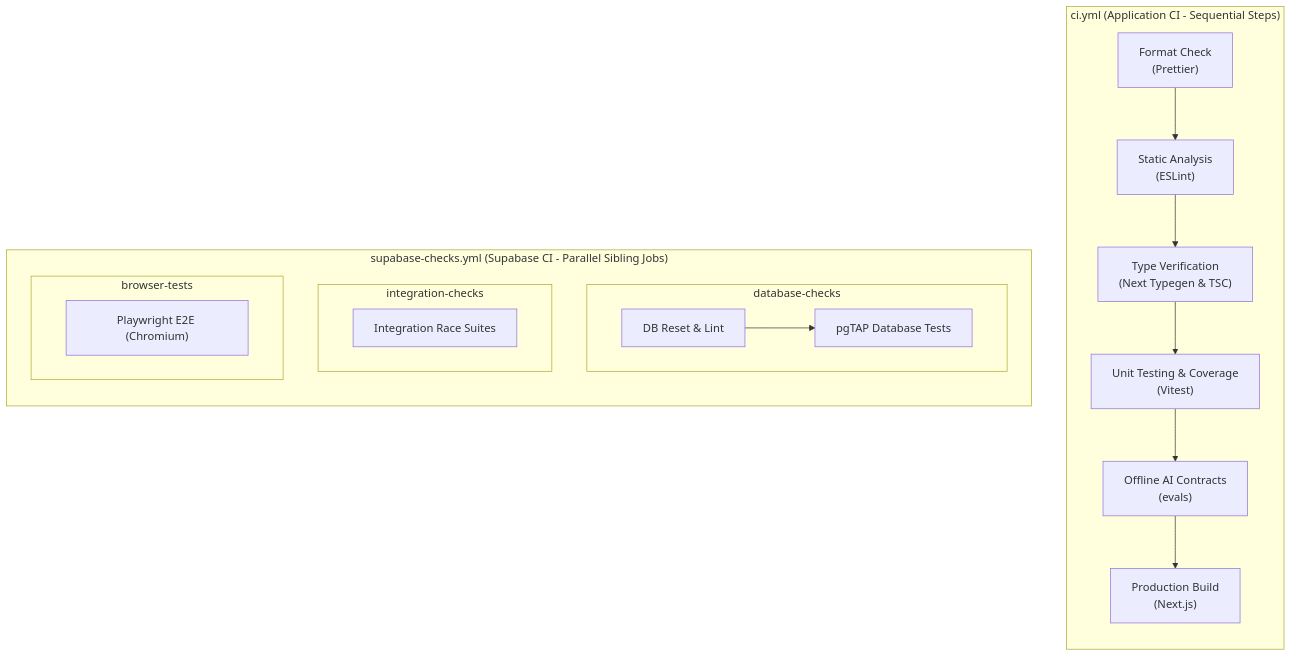
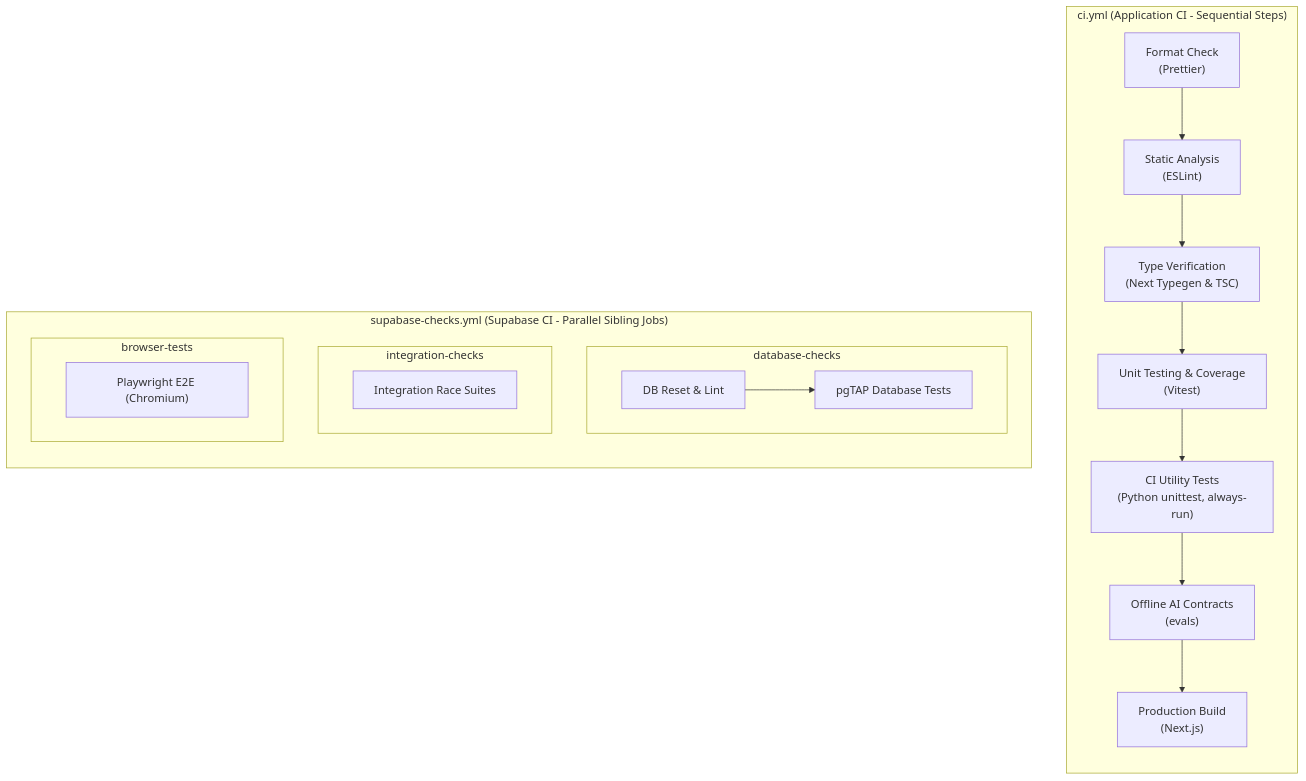
Before and after one commit to CS3227-2610-MP3-ConnectTalent/CS3227-2610-MP3: the ninth of 9 diagrams in docs/DeveloperGuide.md, drawn with Mermaid. The commit also changed other lines of this file and 3 other files, not shown here.

Commit message:
docs(guides): address follow-up review findings and align ERD, upload, and AI sequences

````diff
--- a/docs/DeveloperGuide.md
+++ b/docs/DeveloperGuide.md
@@ -1176,24 +1195,25 @@
 ```mermaid
 flowchart TD
     subgraph CI["ci.yml (Application CI - Sequential Steps)"]
         direction TB
         Format["Format Check<br/>(Prettier)"] --> Lint["Static Analysis<br/>(ESLint)"]
         Lint --> Types["Type Verification<br/>(Next Typegen & TSC)"]
         Types --> Units["Unit Testing & Coverage<br/>(Vitest)"]
-        Units --> AIEvals["Offline AI Contracts<br/>(evals)"]
+        Units --> CIUtils["CI Utility Tests<br/>(Python unittest, always-run)"]
+        CIUtils --> AIEvals["Offline AI Contracts<br/>(evals)"]
         AIEvals --> BuildCheck["Production Build<br/>(Next.js)"]
     end
 
     subgraph SupabaseCI["supabase-checks.yml (Supabase CI - Parallel Sibling Jobs)"]
         direction TB
         subgraph DBJob["database-checks"]
             DBReset["DB Reset & Lint"] --> DBTests["pgTAP Database Tests"]
         end
         subgraph IntJob["integration-checks"]
             IntSuites["Integration Race Suites"]
         end
         subgraph E2EJob["browser-tests"]
             E2ETests["Playwright E2E (Chromium)"]
         end
     end
 ```
````
